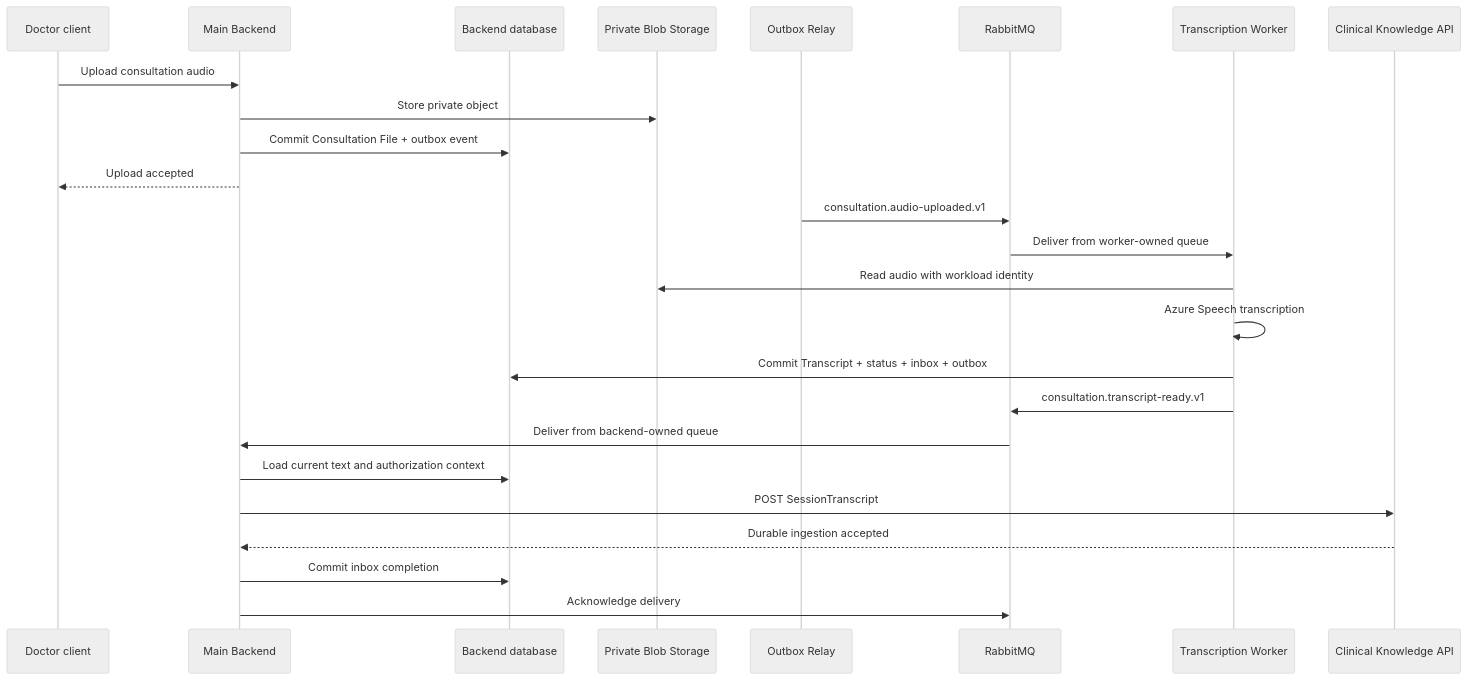
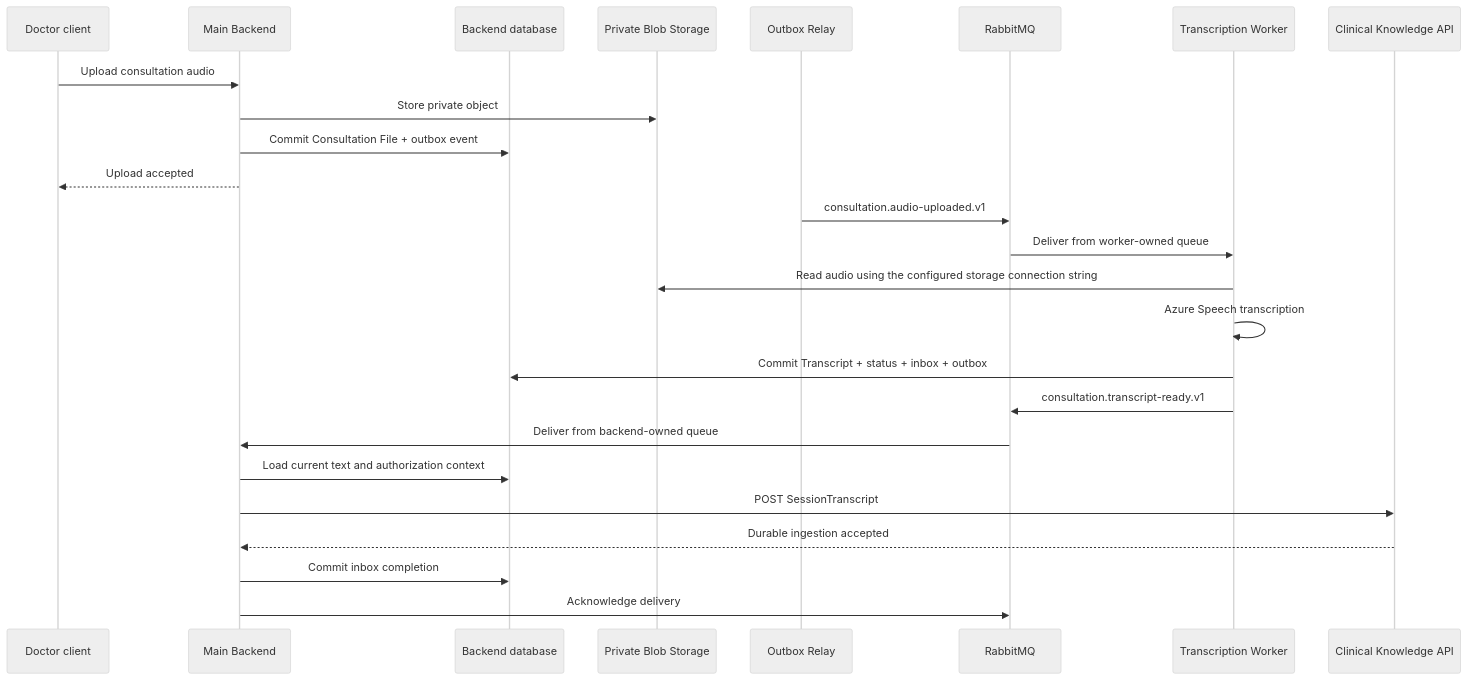
One commit to taonias/medicalassistant changed the diagram in project-docs/event bus implementations/03-target-architecture.md. Above: the diagram before and after it, drawn with Mermaid (neutral theme). The commit also changed other lines of this file and 454 other files, not shown here.

````diff
--- a/project-docs/event bus implementations/03-target-architecture.md
+++ b/project-docs/event bus implementations/03-target-architecture.md
@@ -7,28 +7,28 @@
 ```mermaid
 sequenceDiagram
     participant Client as Doctor client
     participant API as Main Backend
     participant DB as Backend database
     participant Blob as Private Blob Storage
     participant Relay as Outbox Relay
     participant MQ as RabbitMQ
     participant TW as Transcription Worker
     participant AI as Clinical Knowledge API
 
     Client->>API: Upload consultation audio
     API->>Blob: Store private object
     API->>DB: Commit Consultation File + outbox event
     API-->>Client: Upload accepted
     Relay->>MQ: consultation.audio-uploaded.v1
     MQ->>TW: Deliver from worker-owned queue
-    TW->>Blob: Read audio with workload identity
+    TW->>Blob: Read audio using the configured storage connection string
     TW->>TW: Azure Speech transcription
     TW->>DB: Commit Transcript + status + inbox + outbox
     TW->>MQ: consultation.transcript-ready.v1
     MQ->>API: Deliver from backend-owned queue
     API->>DB: Load current text and authorization context
     API->>AI: POST SessionTranscript
     AI-->>API: Durable ingestion accepted
     API->>DB: Commit inbox completion
     API->>MQ: Acknowledge delivery
 ```
````
